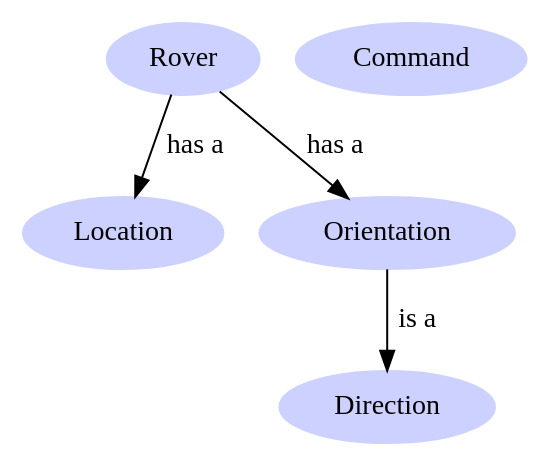
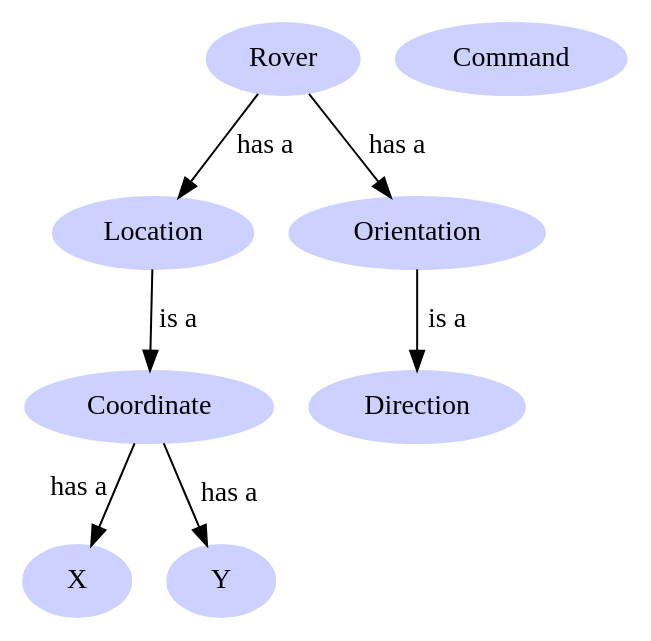
Before and after one commit to cameronpresley/lte-mars-rover: the diagram in docs/domain-model-relationships.dot, drawn with Graphviz. The commit also changed 3 other files, not shown here.

```diff
--- a/docs/domain-model-relationships.dot
+++ b/docs/domain-model-relationships.dot
@@ -1,12 +1,18 @@
 digraph mars_rover_modeling {
  ratio = fill;
  node [style=filled, color="0.650 0.200 1.000"];
  Rover;
  Command;
  Location;
  Direction;
  Orientation;
+ Coordinate;
+ X;
+ Y;
  Rover -> Orientation [ label = "has a" ]
  Rover -> Location [ label = "has a" ]
  Orientation -> Direction [ label = " is a" ]
+ Location -> Coordinate [ label = "is a" ]
+ Coordinate -> X [headlabel = "has a", labeldistance=3.0, labelangle=35]
+ Coordinate -> Y [label = "has a" ]
 }
```
